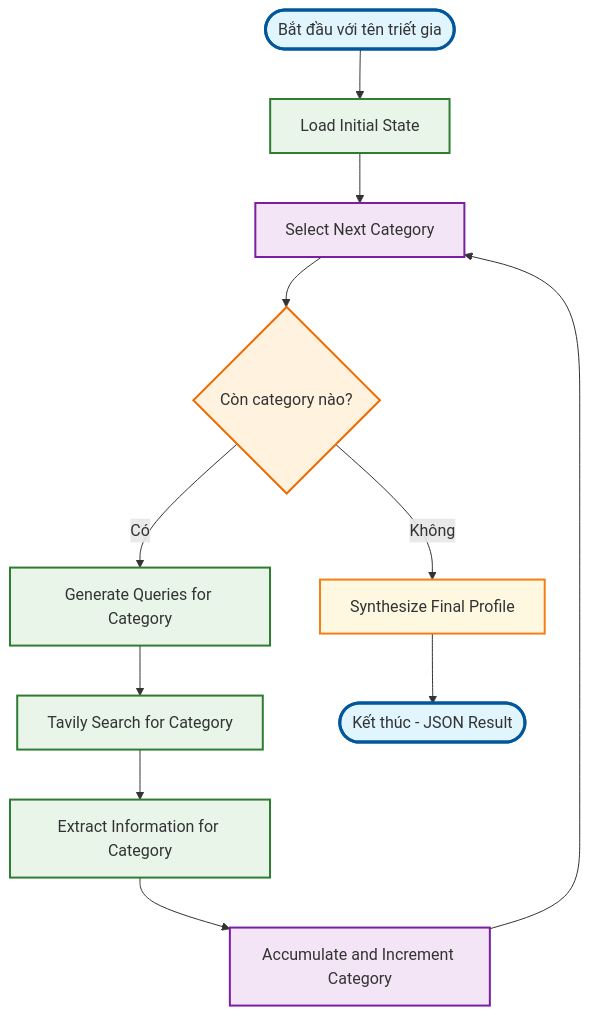
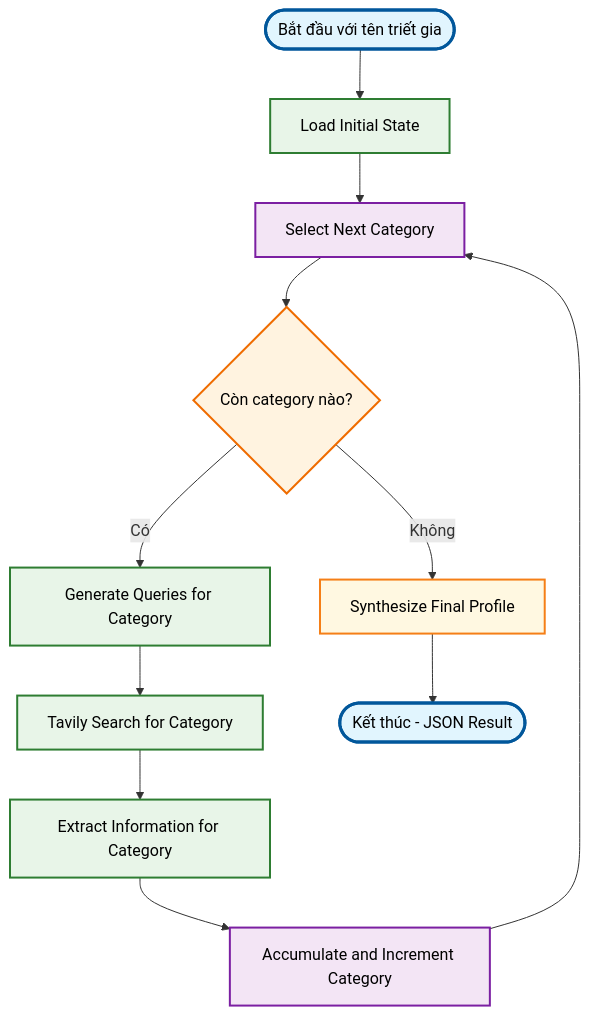
One commit to ThanhLOL123/talkWithPhilosopher changed the first of 2 diagrams in README.md. Above: the diagram before and after it, drawn with Mermaid. The commit also changed other lines of this file, not shown here.

````diff
--- a/README.md
+++ b/README.md
@@ -215,30 +215,30 @@
 ```mermaid
 flowchart TD
     START([Bắt đầu với tên triết gia]) --> A[Load Initial State]
     A --> B[Select Next Category]
     
     B --> C{Còn category nào?}
     
     C -->|Có| D[Generate Queries for Category]
     C -->|Không| H[Synthesize Final Profile]
     
     D --> E[Tavily Search for Category]
     E --> F[Extract Information for Category]
     F --> G[Accumulate and Increment Category]
     G --> B
     
     H --> END([Kết thúc - JSON Result])
     
     %% Styling
-    classDef startEnd fill:#e1f5fe,stroke:#01579b,stroke-width:3px
-    classDef process fill:#e8f5e8,stroke:#2e7d32,stroke-width:2px
-    classDef decision fill:#fff3e0,stroke:#ef6c00,stroke-width:2px
-    classDef loop fill:#f3e5f5,stroke:#7b1fa2,stroke-width:2px
-    classDef synthesis fill:#fff8e1,stroke:#f57f17,stroke-width:2px
+    classDef startEnd fill:#e1f5fe,stroke:#01579b,stroke-width:3px,color:#000
+    classDef process fill:#e8f5e8,stroke:#2e7d32,stroke-width:2px,color:#000
+    classDef decision fill:#fff3e0,stroke:#ef6c00,stroke-width:2px,color:#000
+    classDef loop fill:#f3e5f5,stroke:#7b1fa2,stroke-width:2px,color:#000
+    classDef synthesis fill:#fff8e1,stroke:#f57f17,stroke-width:2px,color:#000
     
     class START,END startEnd
     class A,D,E,F process
     class C decision
     class B,G loop
     class H synthesis
 ```
````
